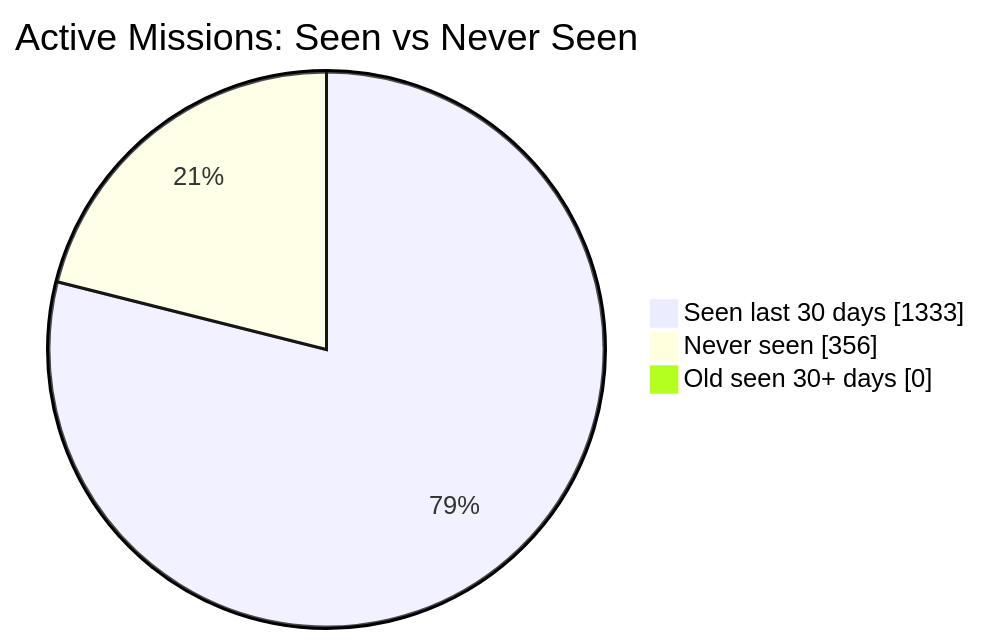
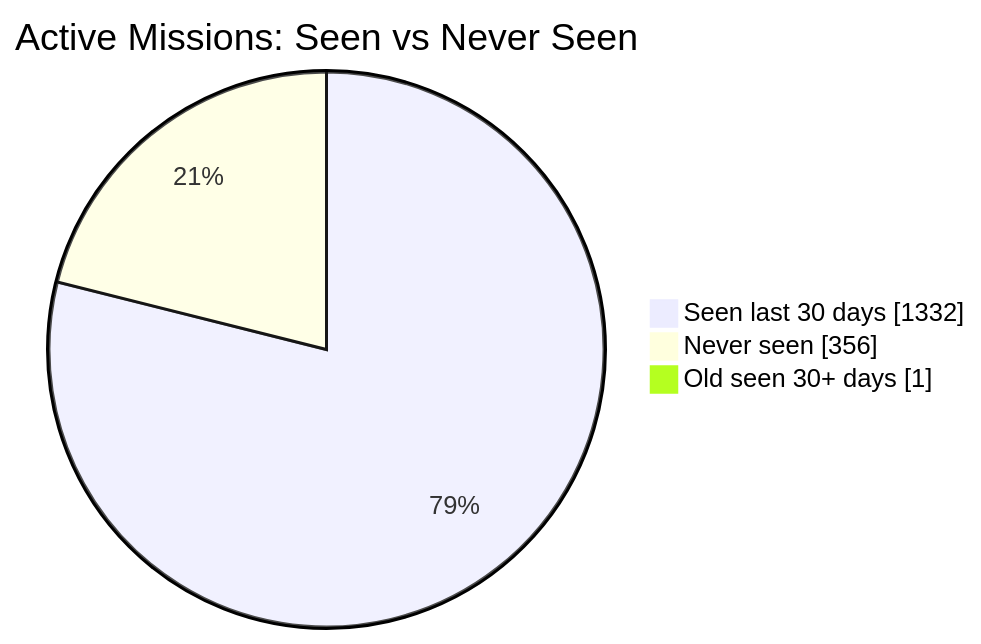
Before and after one commit to MeldkamerspelGameTeam/active-missions: the first of 2 diagrams in README.md, drawn with Mermaid. The commit also changed other lines of this file and 2 other files, not shown here.

````diff
--- a/README.md
+++ b/README.md
@@ -34,7 +34,7 @@
 ```mermaid
 pie showData
     title Active Missions: Seen vs Never Seen
-    "Seen last 30 days" : 1333
+    "Seen last 30 days" : 1332
     "Never seen" : 356
-    "Old seen 30+ days" : 0
+    "Old seen 30+ days" : 1
 ```
````
